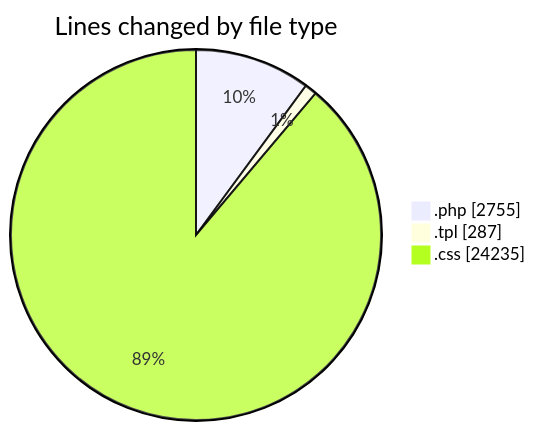
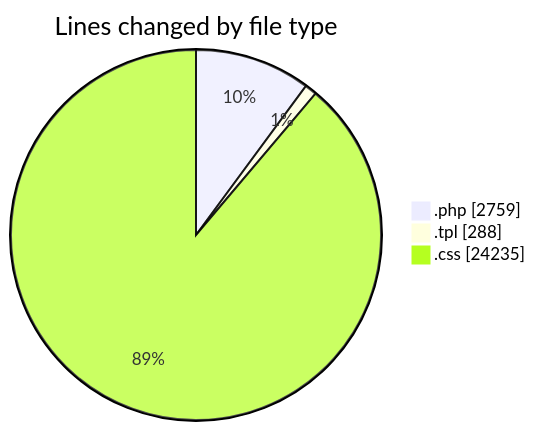
One commit to vahidmafi/code-tracking changed the first of 2 diagrams in 2025-04-18/zeytoon/README.md. Above: the diagram before and after it, drawn with Mermaid. The commit also changed other lines of this file and 1 other file, not shown here.

````diff
--- a/2025-04-18/zeytoon/README.md
+++ b/2025-04-18/zeytoon/README.md
@@ -24,7 +25,7 @@
 ```mermaid
 pie showData
 title Lines changed by file type
-".php" : 2755
-".tpl" : 287
+".php" : 2759
+".tpl" : 288
 ".css" : 24235
 ```
````
